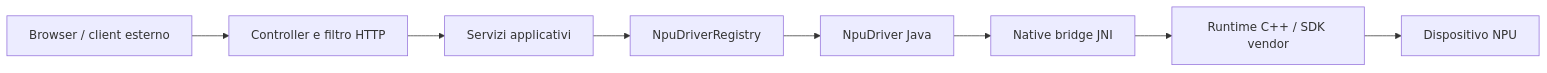
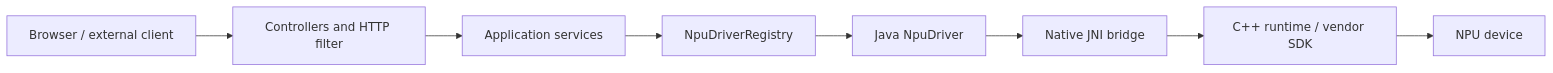
Before and after one commit to Lampadina17/NPU-Hub: the diagram in docs/architecture.md, drawn with Mermaid. The commit also changed other lines of this file and 5 other files, not shown here.

````diff
--- a/docs/architecture.md
+++ b/docs/architecture.md
@@ -9,19 +9,19 @@
 ```mermaid
 flowchart LR
-    UI[Browser / client esterno]
-    WEB[Controller e filtro HTTP]
-    SVC[Servizi applicativi]
+    UI[Browser / external client]
+    WEB[Controllers and HTTP filter]
+    SVC[Application services]
     REG[NpuDriverRegistry]
-    DRV[NpuDriver Java]
-    JNI[Native bridge JNI]
-    RT[Runtime C++ / SDK vendor]
-    NPU[Dispositivo NPU]
+    DRV[Java NpuDriver]
+    JNI[Native JNI bridge]
+    RT[C++ runtime / vendor SDK]
+    NPU[NPU device]
 
     UI --> WEB
     WEB --> SVC
     SVC --> REG
     REG --> DRV
     DRV --> JNI
     JNI --> RT
     RT --> NPU
 ```
````
